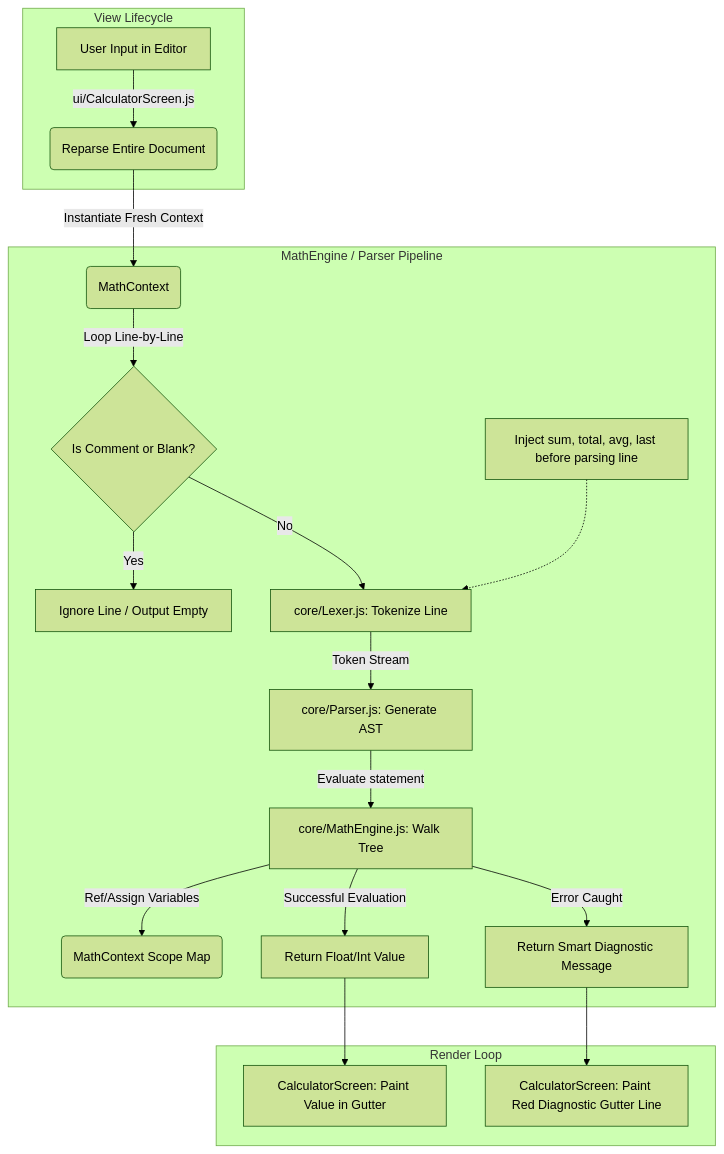
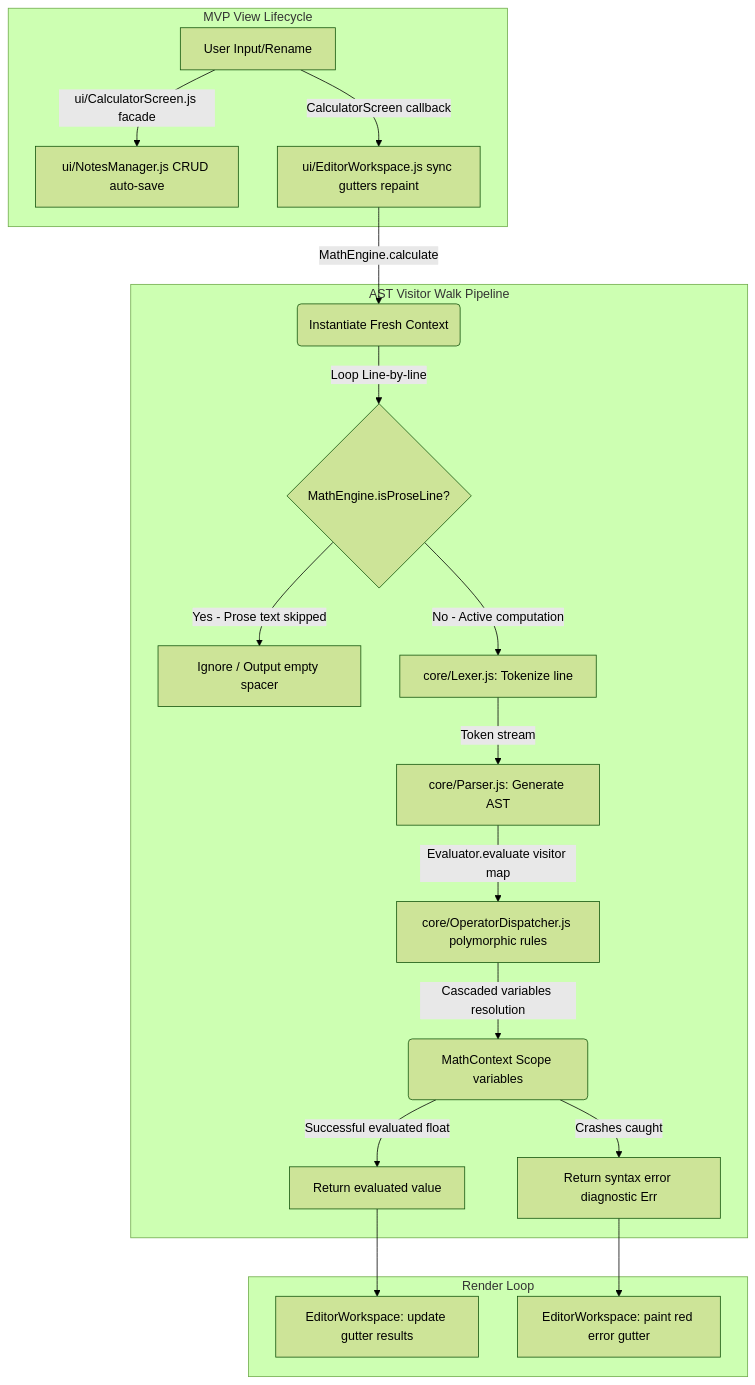
The diagram in README.md (HemanthJabalpuri/NoteCalci_Web), drawn with Mermaid (forest theme) before and after one commit. The commit also changed other lines of this file and 17 other files, not shown here.

````diff
--- a/README.md
+++ b/README.md
@@ -28,24 +32,24 @@
 ```mermaid
 graph TD
-    subgraph UI Layer [View Lifecycle]
-        A[User Input in Editor] -->|ui/CalculatorScreen.js| B(Reparse Entire Document)
+    subgraph UI Layer [MVP View Lifecycle]
+        A[User Input/Rename] -->|ui/CalculatorScreen.js facade| B[ui/NotesManager.js CRUD auto-save]
+        A -->|CalculatorScreen callback| C[ui/EditorWorkspace.js sync gutters repaint]
     end
 
-    subgraph Core Engine Layer [MathEngine / Parser Pipeline]
-        B -->|Instantiate Fresh Context| C(MathContext)
-        C -->|Loop Line-by-Line| D{Is Comment or Blank?}
-        D -->|Yes| E[Ignore Line / Output Empty]
-        D -->|No| F[core/Lexer.js: Tokenize Line]
-        F -->|Token Stream| G[core/Parser.js: Generate AST]
-        G -->|Evaluate statement| H[core/MathEngine.js: Walk Tree]
-        H -->|Ref/Assign Variables| I(MathContext Scope Map)
-        H -->|Successful Evaluation| J[Return Float/Int Value]
-        H -->|Error Caught| K[Return Smart Diagnostic Message]
-      Inject[Inject sum, total, avg, last before parsing line] -.-> F
+    subgraph Core Engine Layer [AST Visitor Walk Pipeline]
+        C -->|MathEngine.calculate| D(Instantiate Fresh Context)
+        D -->|Loop Line-by-line| E{MathEngine.isProseLine?}
+        E -->|Yes - Prose text skipped| F[Ignore / Output empty spacer]
+        E -->|No - Active computation| G[core/Lexer.js: Tokenize line]
+        G -->|Token stream| H[core/Parser.js: Generate AST]
+        H -->|Evaluator.evaluate visitor map| I[core/OperatorDispatcher.js polymorphic rules]
+        I -->|Cascaded variables resolution| J(MathContext Scope variables)
+        J -->|Successful evaluated float| K[Return evaluated value]
+        J -->|Crashes caught| L[Return syntax error diagnostic Err]
     end
 
     subgraph Output Layer [Render Loop]
-        J --> L[CalculatorScreen: Paint Value in Gutter]
-        K --> M[CalculatorScreen: Paint Red Diagnostic Gutter Line]
+        K --> M[EditorWorkspace: update gutter results]
+        L --> N[EditorWorkspace: paint red error gutter]
     end
 ```
````
